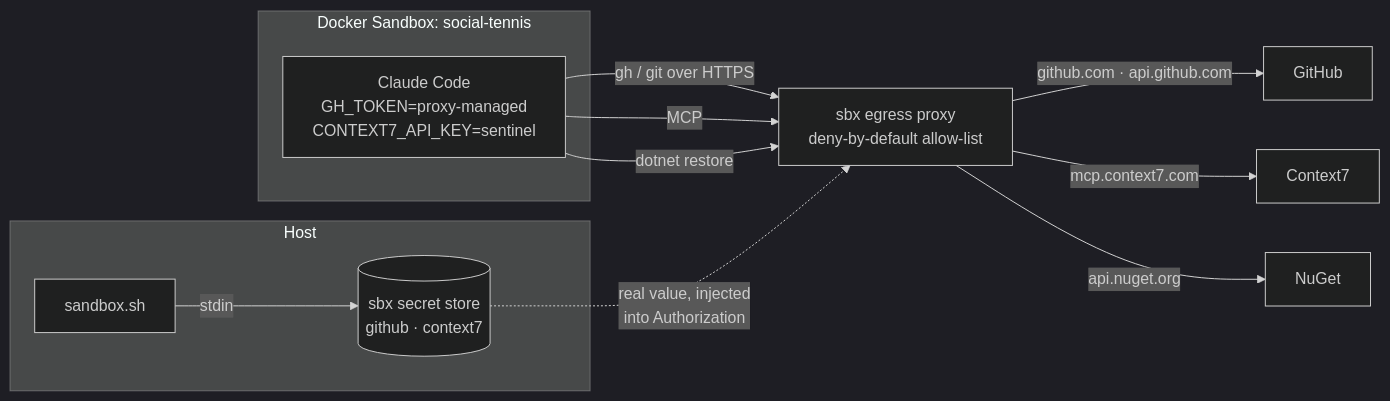
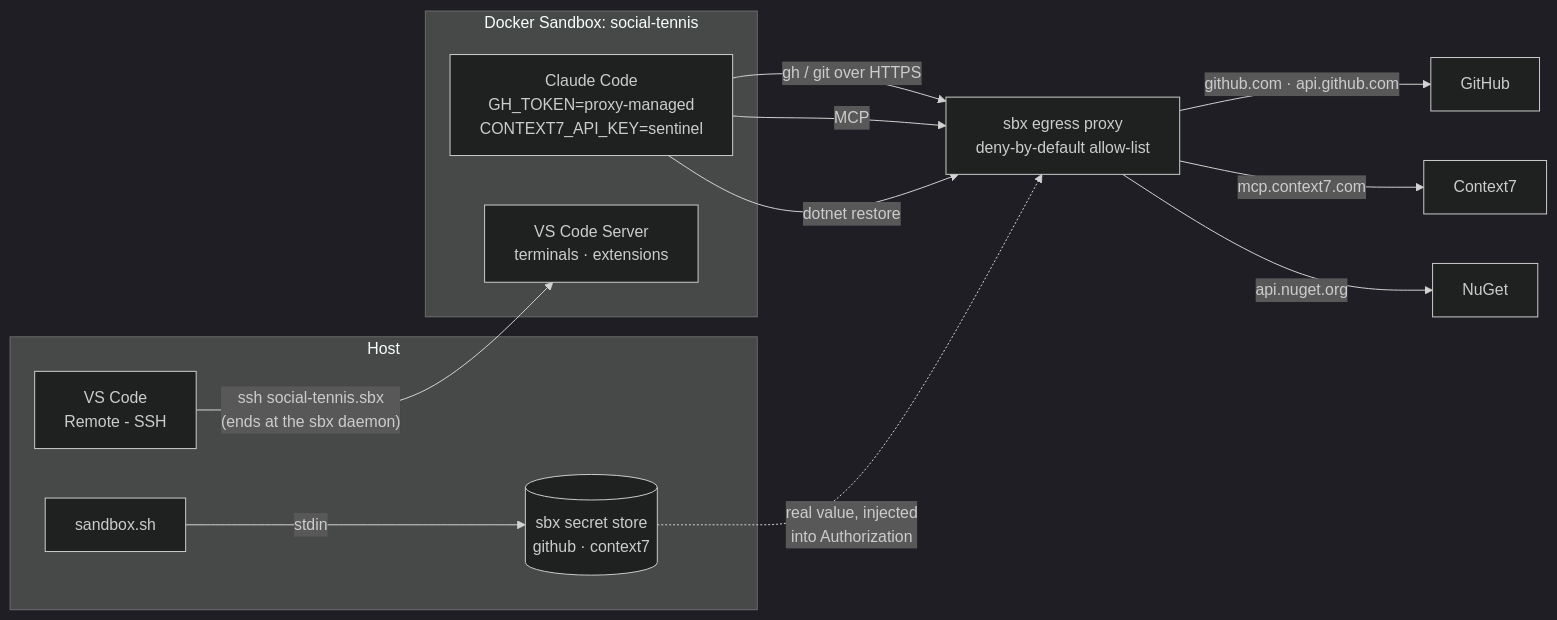
The sixth of 11 diagrams in docs/architecture.md (l1em1on1/social-tennis), drawn with Mermaid (dark theme) before and after one commit. The commit also changed other lines of this file and 14 other files, not shown here.

````diff
--- a/docs/architecture.md
+++ b/docs/architecture.md
@@ -284,17 +276,20 @@
 ```mermaid
 flowchart LR
     subgraph host ["Host"]
         S["sandbox.sh"] -->|"stdin"| SS[("sbx secret store<br/>github · context7")]
+        V["VS Code<br/>Remote - SSH"]
     end
     subgraph sbx ["Docker Sandbox: social-tennis"]
         C["Claude Code<br/>GH_TOKEN=proxy-managed<br/>CONTEXT7_API_KEY=sentinel"]
+        VS["VS Code Server<br/>terminals · extensions"]
     end
+    V -->|"ssh social-tennis.sbx<br/>(ends at the sbx daemon)"| VS
     PX["sbx egress proxy<br/>deny-by-default allow-list"]
     C -->|"gh / git over HTTPS"| PX
     C -->|"MCP"| PX
     C -->|"dotnet restore"| PX
     SS -.->|"real value, injected<br/>into Authorization"| PX
     PX -->|"github.com · api.github.com"| GH[GitHub]
     PX -->|"mcp.context7.com"| C7[Context7]
     PX -->|"api.nuget.org"| NG[NuGet]
 ```
````
